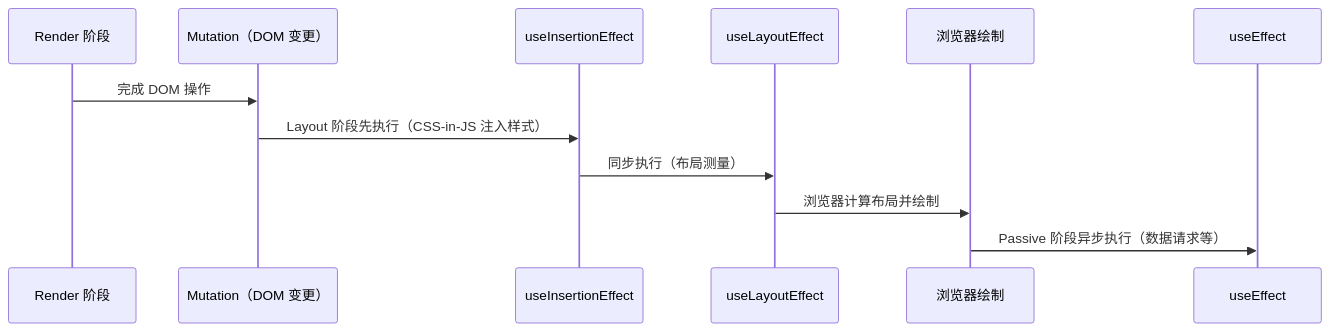
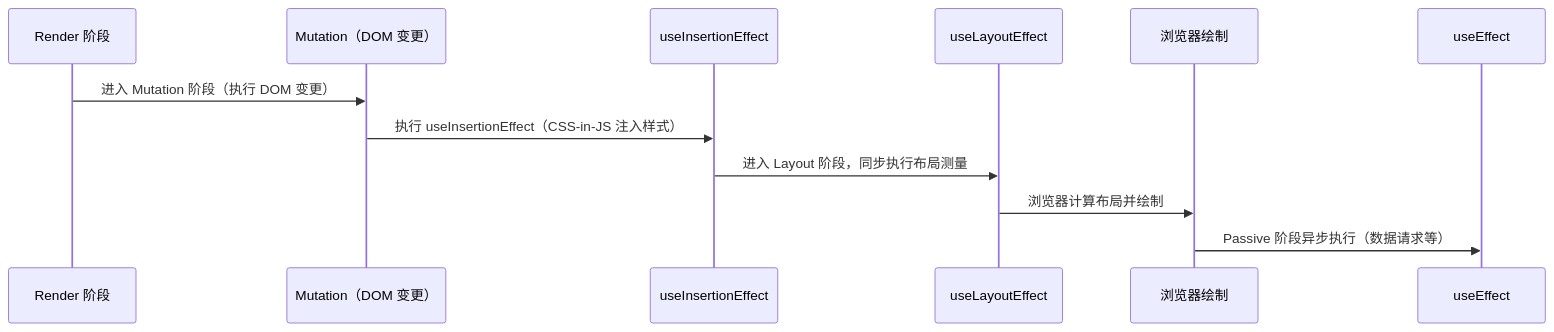
The second of 2 diagrams in apps/docs/frameworks/react/advanced/core-design/effects.md (sentibeitaokong/CoreFront-EndConcepts), drawn with Mermaid before and after one commit. The commit also changed other lines of this file and 15 other files, not shown here.

````diff
--- a/apps/docs/frameworks/react/advanced/core-design/effects.md
+++ b/apps/docs/frameworks/react/advanced/core-design/effects.md
@@ -403,15 +392,15 @@
 ```mermaid
 sequenceDiagram
     participant R as Render 阶段
     participant M as Mutation（DOM 变更）
     participant IE as useInsertionEffect
     participant LE as useLayoutEffect
     participant P as 浏览器绘制
     participant E as useEffect
 
-    R->>M: 完成 DOM 操作
-    M->>IE: Layout 阶段先执行（CSS-in-JS 注入样式）
-    IE->>LE: 同步执行（布局测量）
+    R->>M: 进入 Mutation 阶段（执行 DOM 变更）
+    M->>IE: 执行 useInsertionEffect（CSS-in-JS 注入样式）
+    IE->>LE: 进入 Layout 阶段，同步执行布局测量
     LE->>P: 浏览器计算布局并绘制
     P->>E: Passive 阶段异步执行（数据请求等）
 ```
````
